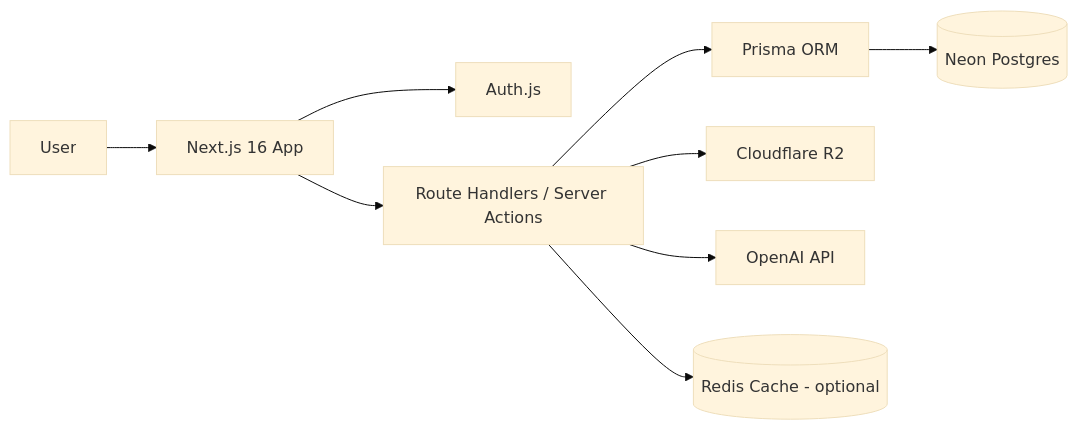
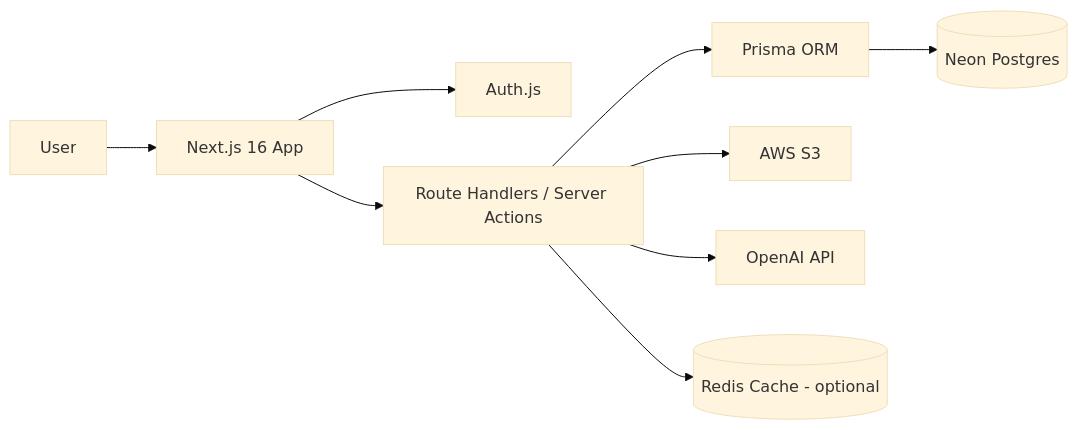
One commit to dpmaram/devstash changed the first of 2 diagrams in context/project-overview.md. Above: the diagram before and after it, drawn with Mermaid (base theme). The commit also changed other lines of this file and 16 other files, not shown here.

````diff
--- a/context/project-overview.md
+++ b/context/project-overview.md
@@ -113,11 +113,11 @@
 ```mermaid
 flowchart LR
   U[User] --> N[Next.js 16 App]
   N --> A[Auth.js]
   N --> API[Route Handlers / Server Actions]
   API --> P[Prisma ORM]
   P --> DB[(Neon Postgres)]
-  API --> R2[Cloudflare R2]
+  API --> S3[AWS S3]
   API --> OAI[OpenAI API]
   API --> C[(Redis Cache - optional)]
 ```
````
